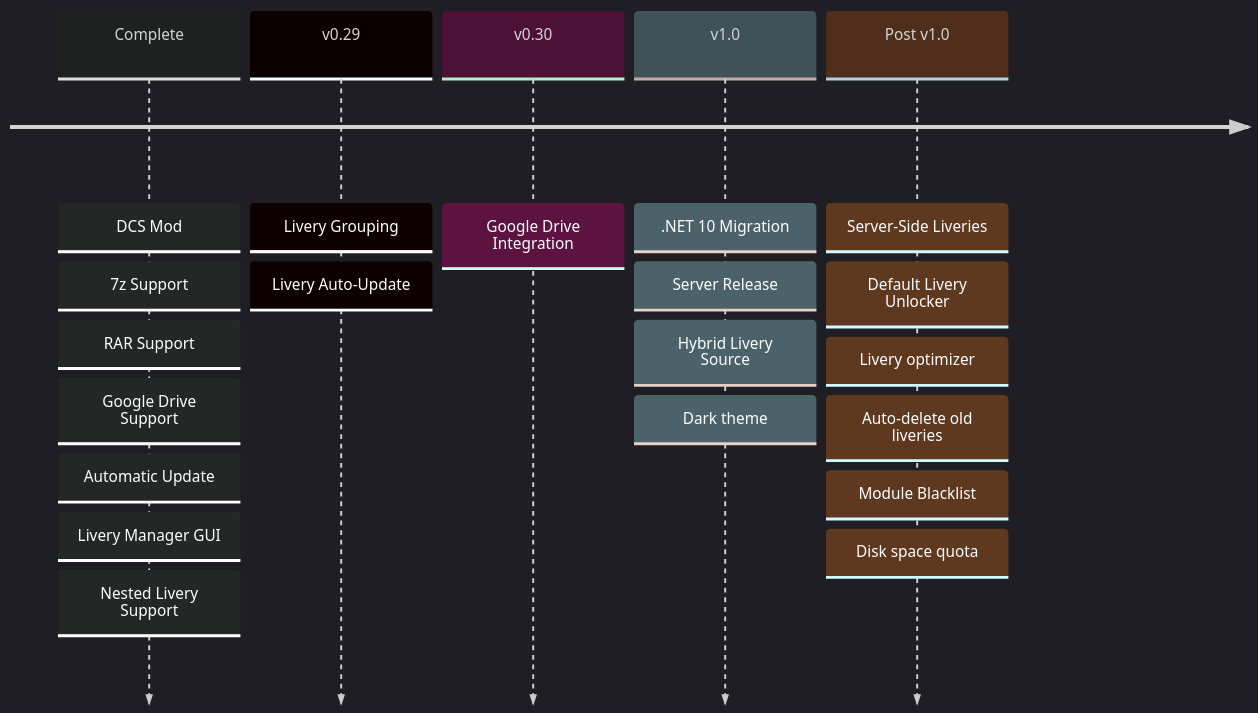
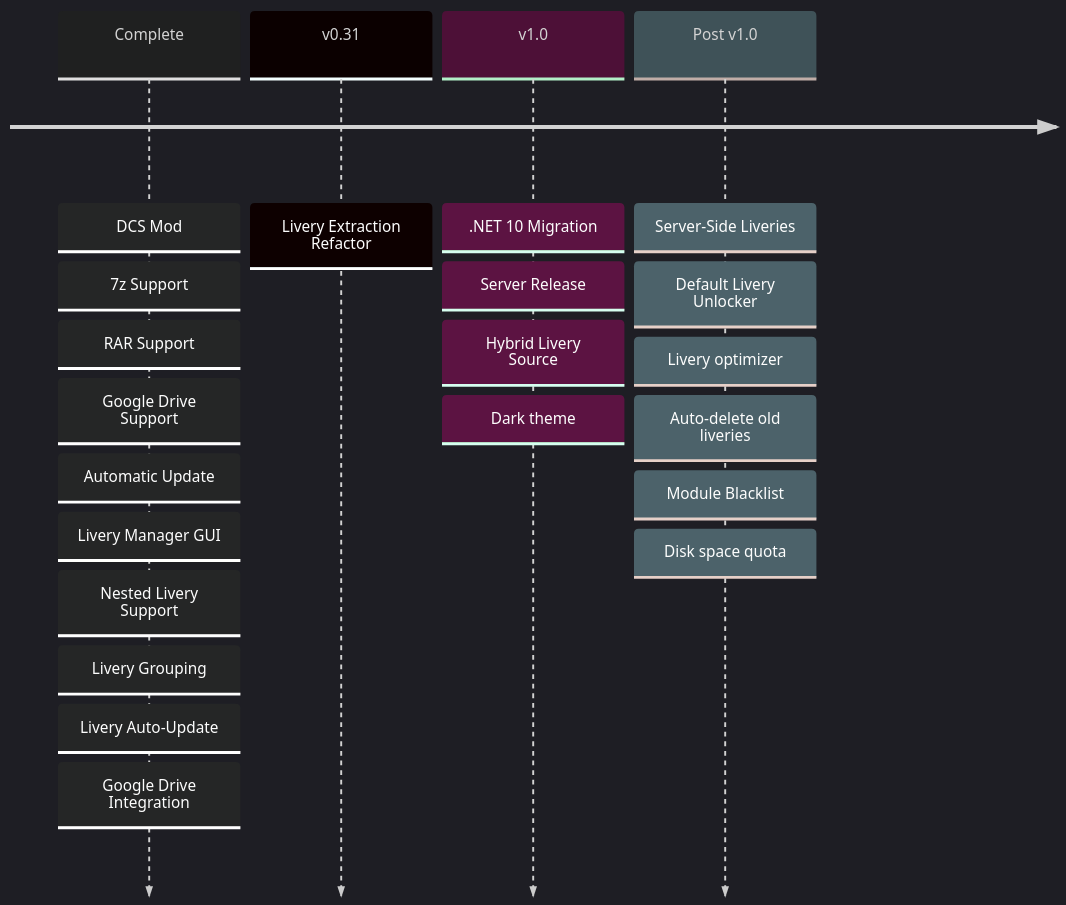
Before and after one commit to Camble/LiveryLink: the diagram in README.md, drawn with Mermaid. The commit also changed other lines of this file, not shown here.

````diff
--- a/README.md
+++ b/README.md
@@ -46,37 +46,36 @@
 ```mermaid
 ---
 config:
   theme: 'dark'
 ---
 timeline
 
 Complete
 : DCS Mod
 : 7z Support 
 : RAR Support
 : Google Drive Support
 : Automatic Update
 : Livery Manager GUI
 : Nested Livery Support
-
-v0.29
 : Livery Grouping
 : Livery Auto-Update
+: Google Drive Integration
 
-v0.30
-: Google Drive Integration
+v0.31
+: Livery Extraction Refactor
 
 v1.0
 : .NET 10 Migration
 : Server Release
 : Hybrid Livery Source
 : Dark theme
 
 Post v1.0
 : Server-Side Liveries
 : Default Livery Unlocker
 : Livery optimizer
 : Auto-delete old liveries
 : Module Blacklist
 : Disk space quota
 ```
````
